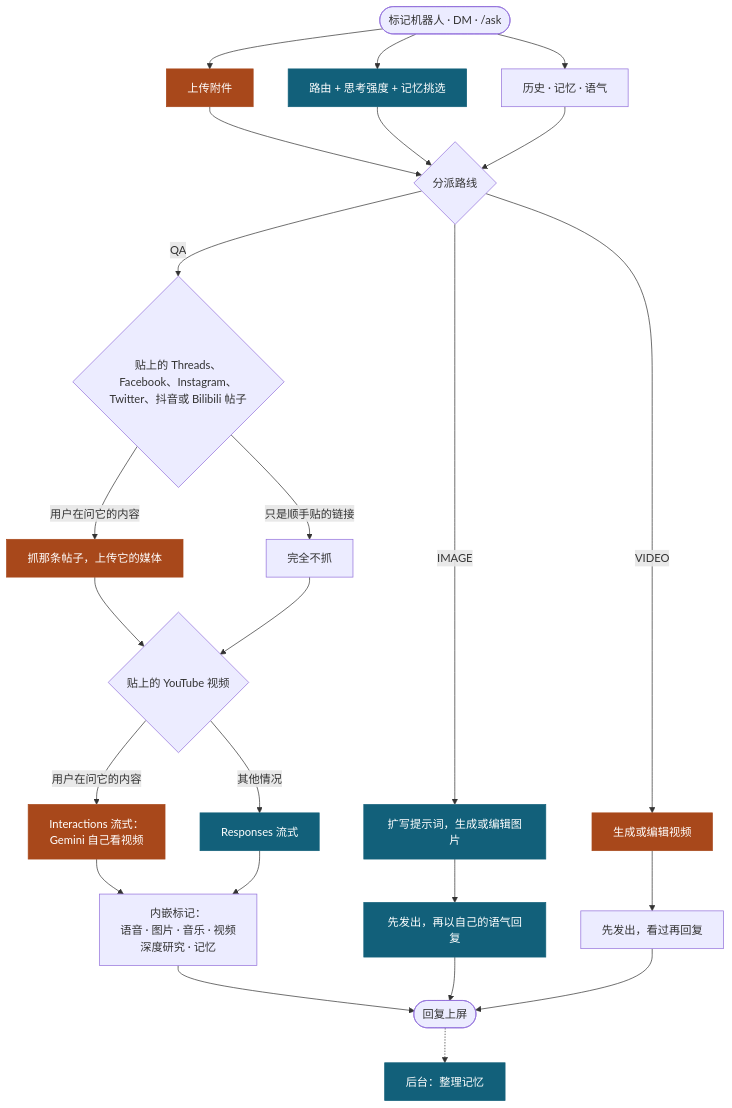
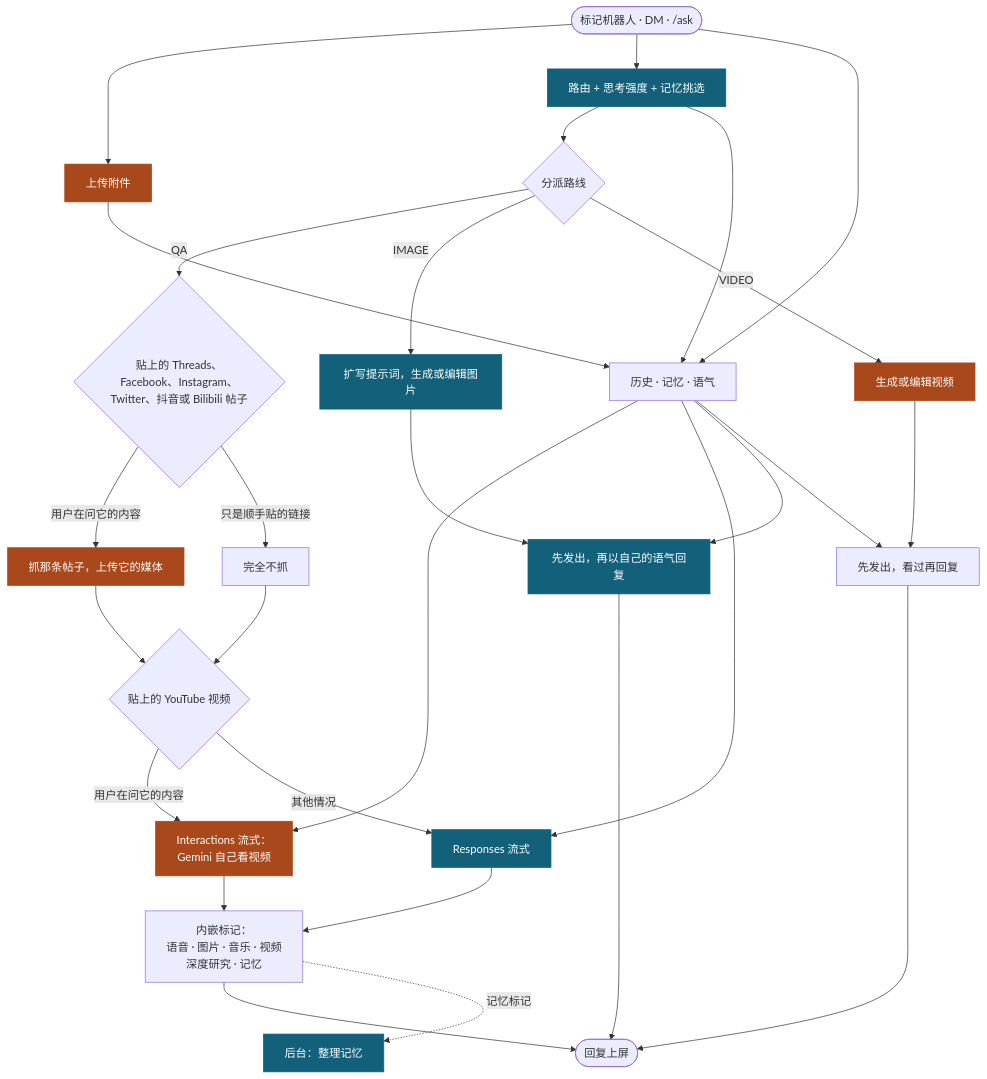
The diagram in README.zh-CN.md (Mai0313/discordbot), drawn with Mermaid before and after one commit. The commit also changed other lines of this file and 2 other files, not shown here.

Commit message:
docs(readme): match the reply diagram and casino note to the code
The reply context waits on the route, only a QA answer can start a memory review, and the bot sits at a table only while its wallet holds money.

````diff
--- a/README.zh-CN.md
+++ b/README.zh-CN.md
@@ -43,33 +43,34 @@
 ```mermaid
 flowchart TD
     U(["标记机器人 · DM · /ask"]) --> UP & RT & CX
 
     UP["上传附件"]
     RT["路由 + 思考强度 + 记忆挑选"]
     CX["历史 · 记忆 · 语气"]
 
-    UP & RT & CX --> R{"分派路线"}
+    RT --> R{"分派路线"}
+    UP & RT --> CX --> YT & QS & I2 & V2
 
     R -->|QA| L{"贴上的 Threads、Facebook、Instagram、<br/>Twitter、抖音或 Bilibili 帖子"}
     L -->|"用户在问它的内容"| LF["抓那条帖子，上传它的媒体"]
     L -->|"只是顺手贴的链接"| LS["完全不抓"]
     LF & LS --> Y{"贴上的 YouTube 视频"}
     Y -->|"用户在问它的内容"| YT["Interactions 流式：<br/>Gemini 自己看视频"]
     Y -->|"其他情况"| QS["Responses 流式"]
     YT & QS --> Q2["内嵌标记：<br/>语音 · 图片 · 音乐 · 视频<br/>深度研究 · 记忆"]
 
     R -->|IMAGE| I1["扩写提示词，生成或编辑图片"]
     I1 --> I2["先发出，再以自己的语气回复"]
     R -->|VIDEO| V1["生成或编辑视频"]
     V1 --> V2["先发出，看过再回复"]
 
     Q2 --> OUT(["回复上屏"])
     I2 --> OUT
     V2 --> OUT
-    OUT -.-> MM["后台：整理记忆"]
+    Q2 -.->|"记忆标记"| MM["后台：整理记忆"]
 
     classDef proxy fill:#12607a,stroke:#12607a,color:#ffffff
     classDef direct fill:#a8481b,stroke:#a8481b,color:#ffffff
     class RT,QS,I1,I2,MM proxy
     class UP,LF,YT,V1 direct
 ```
````
